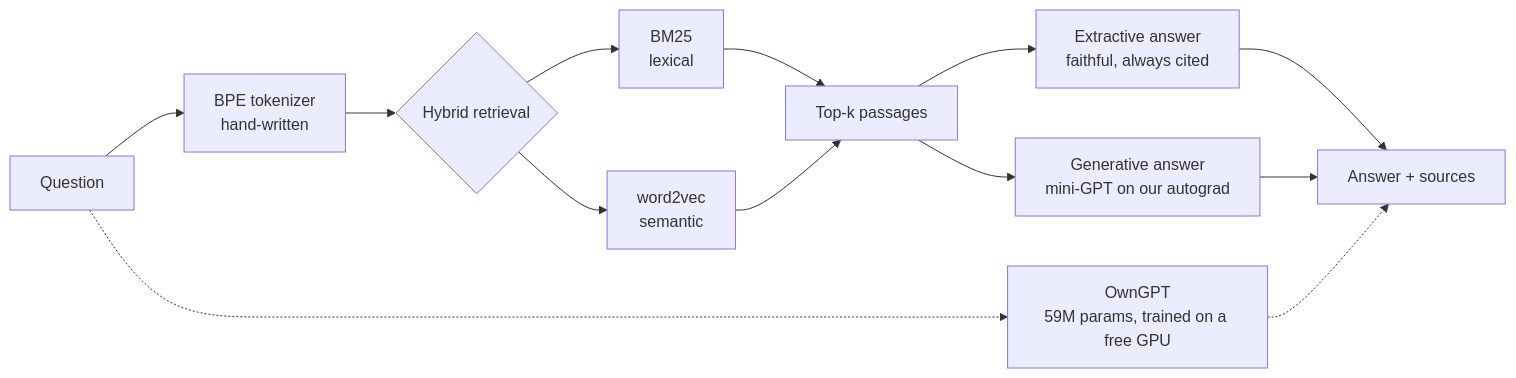
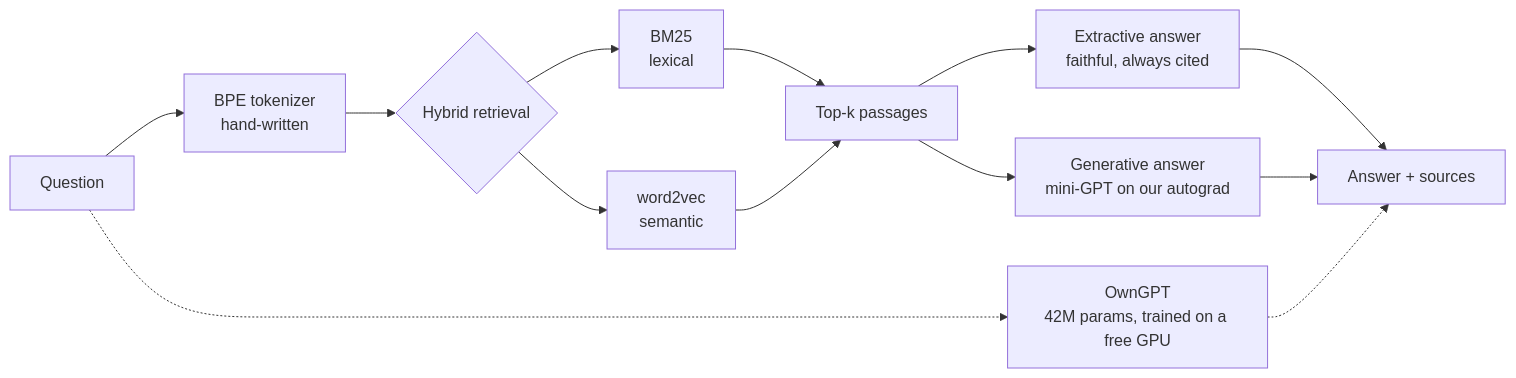
One commit to Zlarien/OwnAI changed the diagram in README.md. Above: the diagram before and after it, drawn with Mermaid. The commit also changed other lines of this file and 1 other file, not shown here.

Commit message:
docs: OwnGPT has 42,476,032 parameters: the output layer is tied to the embedding (equal tensors in the checkpoint), so it is counted once; the fp16 checkpoint stores a copy, 59,253,248 values. Exact NumPy count 1,055,488

````diff
--- a/README.md
+++ b/README.md
@@ -17,15 +17,15 @@
 ```mermaid
 flowchart LR
     Q[Question] --> T[BPE tokenizer<br/>hand-written]
     T --> R{Hybrid retrieval}
     R --> BM[BM25<br/>lexical]
     R --> W2[word2vec<br/>semantic]
     BM --> K[Top-k passages]
     W2 --> K
     K --> E[Extractive answer<br/>faithful, always cited]
     K --> G[Generative answer<br/>mini-GPT on our autograd]
     E --> A[Answer + sources]
     G --> A
-    Q -.-> O[OwnGPT<br/>59M params, trained on a free GPU]
+    Q -.-> O[OwnGPT<br/>42M params, trained on a free GPU]
     O -.-> A
 ```
````
